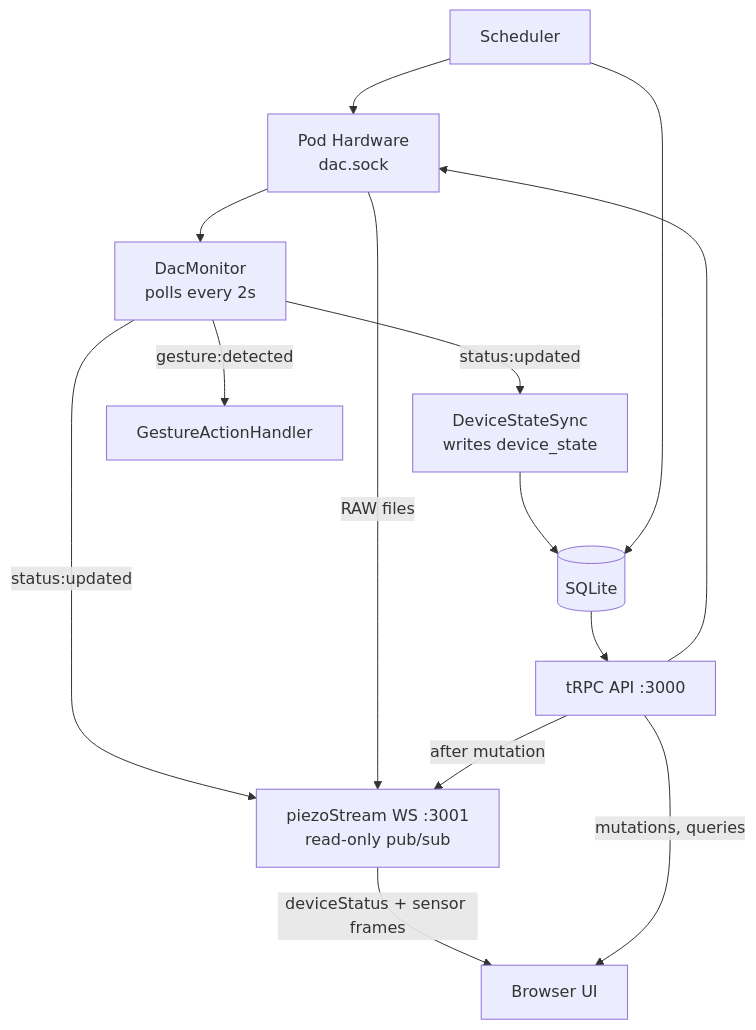
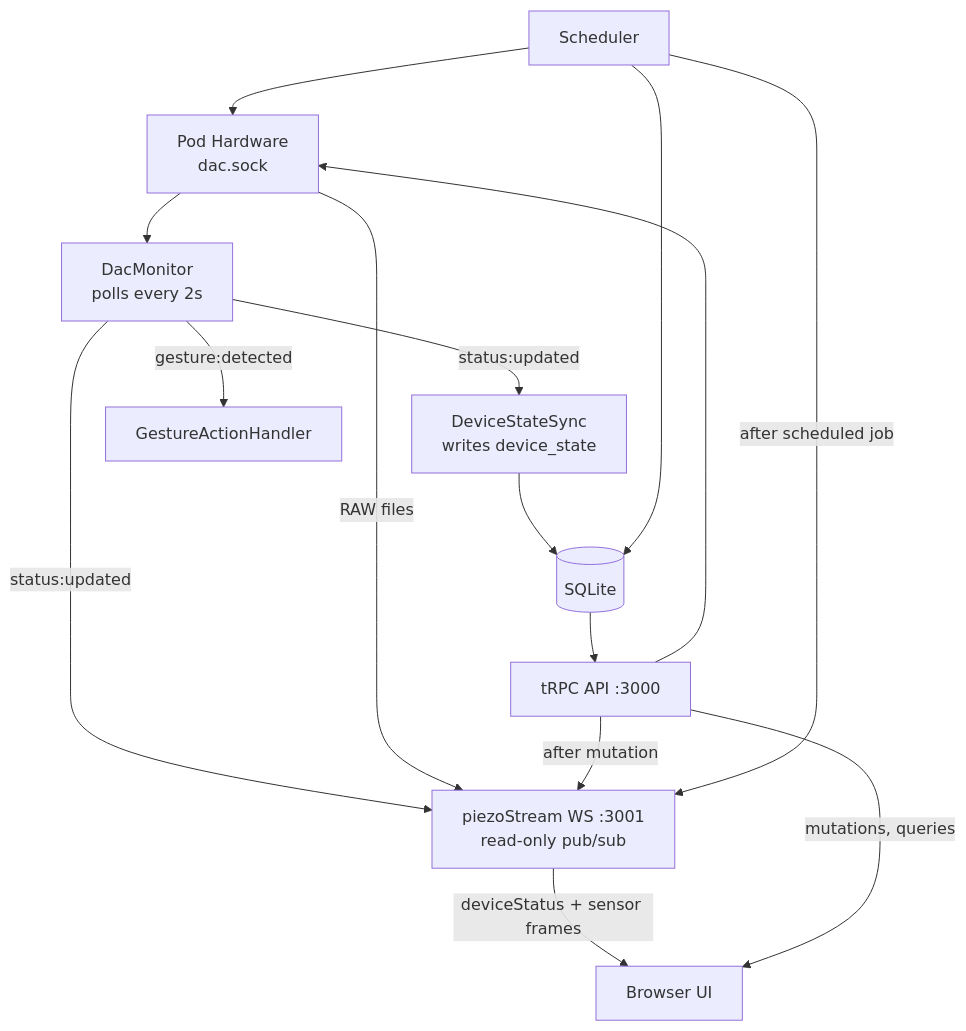
Before and after one commit to sleepypod/core: the diagram in .claude/docs/project-info.md, drawn with Mermaid. The commit also changed other lines of this file and 3 other files, not shown here.

First line of the commit message:
docs: add scheduler broadcast path to all architecture diagrams

````diff
--- a/.claude/docs/project-info.md
+++ b/.claude/docs/project-info.md
@@ -18,16 +18,17 @@
 ```mermaid
 graph TD
     HW[Pod Hardware<br>dac.sock] --> DM[DacMonitor<br>polls every 2s]
     DM -->|status:updated| SS[DeviceStateSync<br>writes device_state]
     DM -->|status:updated| WS[piezoStream WS :3001<br>read-only pub/sub]
     DM -->|gesture:detected| GH[GestureActionHandler]
     SS --> DB[(SQLite)]
     HW -->|RAW files| WS
     WS -->|deviceStatus + sensor frames| Browser
     DB --> API[tRPC API :3000]
     API -->|mutations, queries| Browser[Browser UI]
     API -->|after mutation| WS
     API --> HW
     SCH[Scheduler] --> HW
+    SCH -->|after scheduled job| WS
     SCH --> DB
 ```
````
